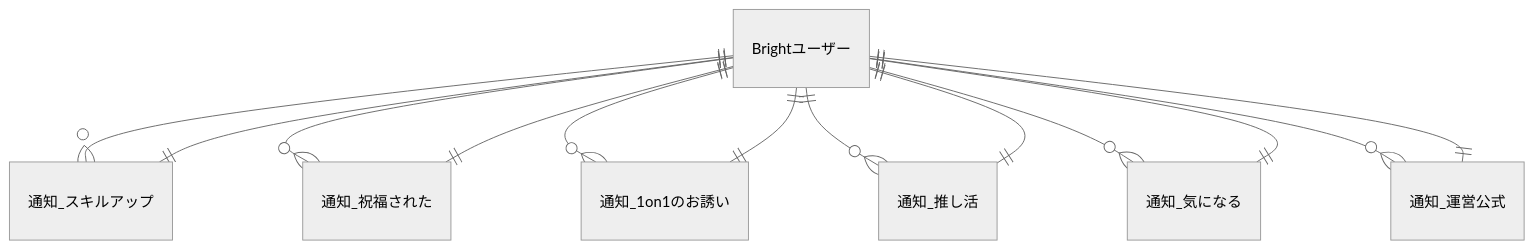
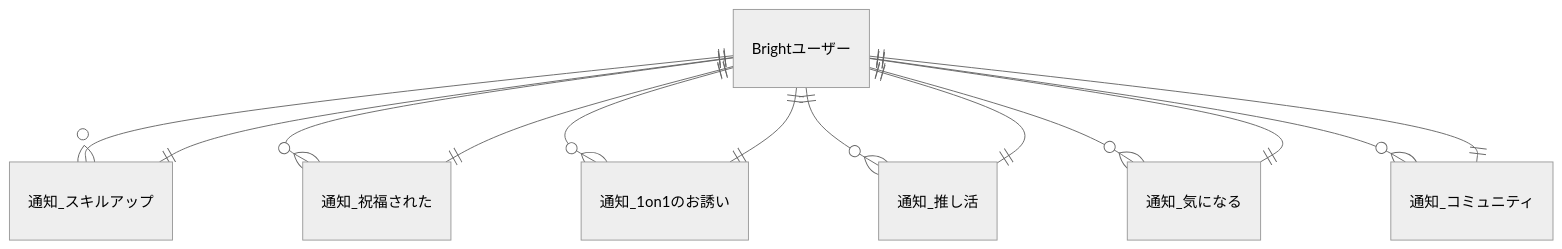
The fourth of 5 diagrams in docs/conceptual_schemas/notifications.md (bright-org/bright), drawn with Mermaid (neutral theme) before and after one commit. The commit also changed other lines of this file, not shown here.

````diff
--- a/docs/conceptual_schemas/notifications.md
+++ b/docs/conceptual_schemas/notifications.md
@@ -94,21 +94,21 @@
 ```mermaid
 erDiagram
   "Brightユーザー" ||--o{ "通知_スキルアップ" : ""
   "通知_スキルアップ" ||--|| "Brightユーザー" : ""
 
   "Brightユーザー" ||--o{ "通知_祝福された" : ""
   "通知_祝福された" ||--|| "Brightユーザー" : ""
 
   "Brightユーザー" ||--o{ "通知_1on1のお誘い" : ""
   "通知_1on1のお誘い" ||--|| "Brightユーザー" : ""
 
   "Brightユーザー" ||--o{ "通知_推し活" : ""
   "通知_推し活" ||--|| "Brightユーザー" : ""
 
   "Brightユーザー" ||--o{ "通知_気になる" : ""
   "通知_気になる" ||--|| "Brightユーザー" : ""
 
-  "Brightユーザー" ||--o{ "通知_運営公式" : ""
-  "通知_運営公式" ||--|| "Brightユーザー" : ""
+  "Brightユーザー" ||--o{ "通知_コミュニティ" : ""
+  "通知_コミュニティ" ||--|| "Brightユーザー" : ""
 
 ```
````
